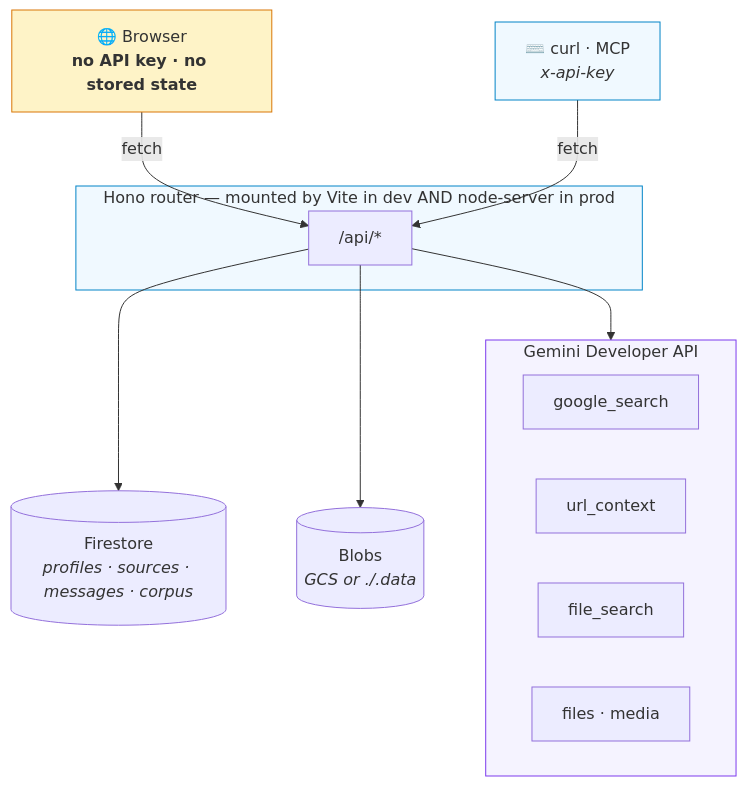
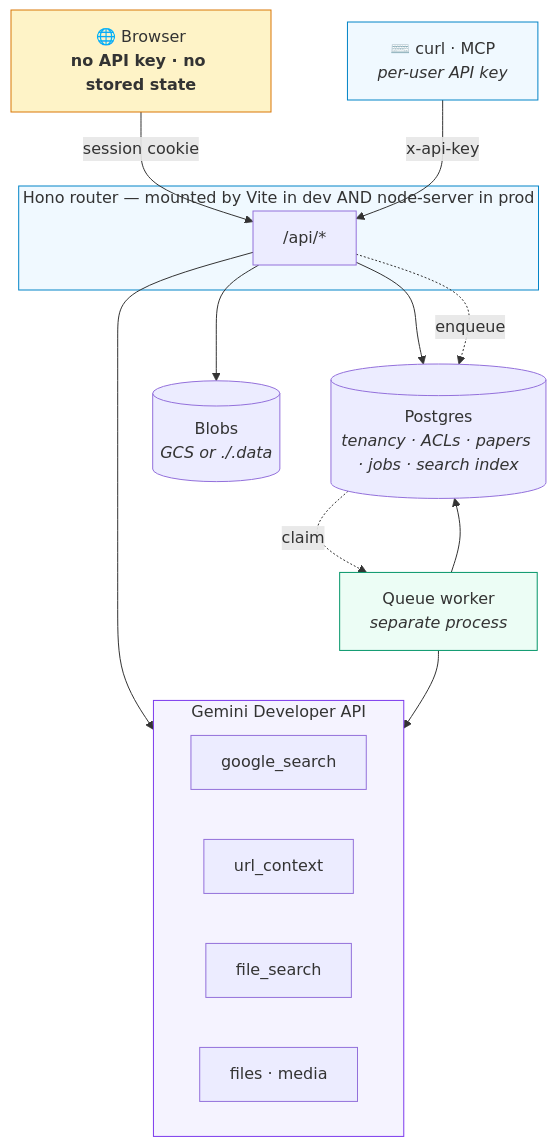
Before and after one commit to BuildGeekAI/scholar-mind: the fourth of 5 diagrams in README.md, drawn with Mermaid. The commit also changed other lines of this file and 6 other files, not shown here.

````diff
--- a/README.md
+++ b/README.md
@@ -119,29 +119,35 @@
 ```mermaid
 flowchart TB
     B["🌐 Browser<br/><b>no API key · no stored state</b>"]
-    C["⌨️ curl · MCP<br/><i>x-api-key</i>"]
+    C["⌨️ curl · MCP<br/><i>per-user API key</i>"]
 
     subgraph SRV["Hono router — mounted by Vite in dev AND node-server in prod"]
         R["/api/*"]
     end
 
-    B -->|fetch| R
-    C -->|fetch| R
+    B -->|"session cookie"| R
+    C -->|"x-api-key"| R
 
-    R --> FS[("Firestore<br/><i>profiles · sources · messages · corpus</i>")]
+    R --> PG[("Postgres<br/><i>tenancy · ACLs · papers · jobs · search index</i>")]
     R --> BL[("Blobs<br/><i>GCS or ./.data</i>")]
     R --> GEM
+
+    W["Queue worker<br/><i>separate process</i>"] --> PG
+    W --> GEM
+    R -.->|"enqueue"| PG
+    PG -.->|"claim"| W
 
     subgraph GEM["Gemini Developer API"]
         direction LR
         T1["google_search"]
         T2["url_context"]
         T3["file_search"]
         T4["files · media"]
     end
 
     style B fill:#fef3c7,stroke:#d97706
     style C fill:#f0f9ff,stroke:#0284c7
     style SRV fill:#f0f9ff,stroke:#0284c7
+    style W fill:#ecfdf5,stroke:#059669
     style GEM fill:#f5f3ff,stroke:#7c3aed
 ```
````
